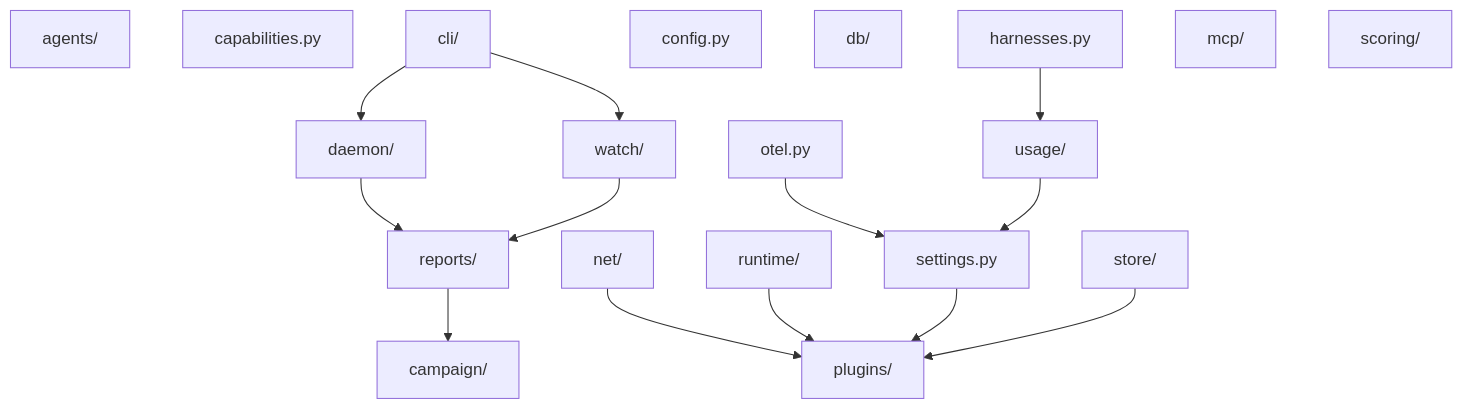
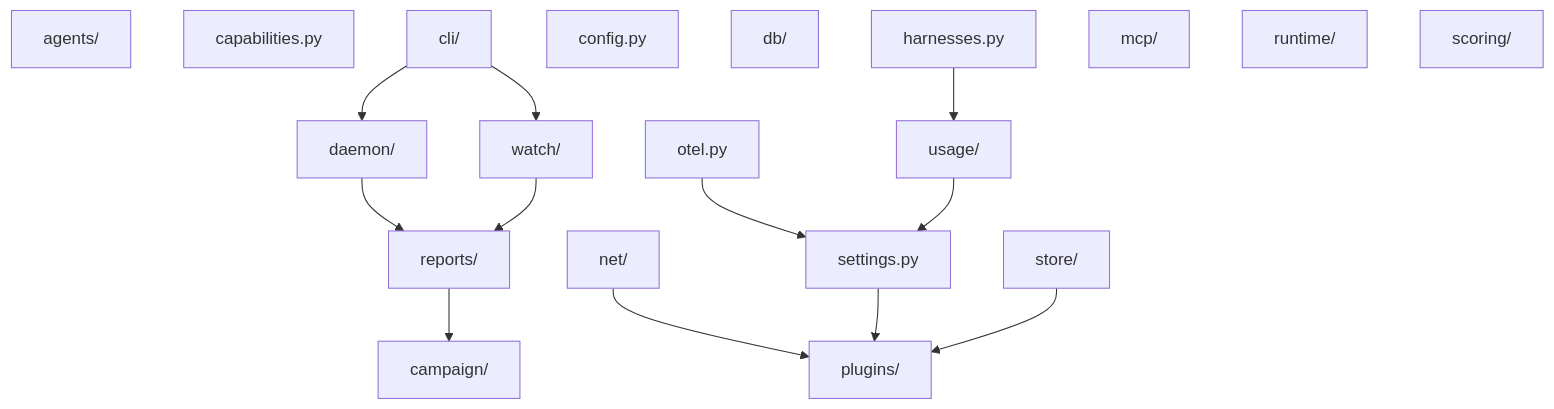
Before and after one commit to VatsaDev/piloop: the diagram in docs/snippets/generated/imports.mdx, drawn with Mermaid. The commit also changed other lines of this file and 56 other files, not shown here.

````diff
--- a/docs/snippets/generated/imports.mdx
+++ b/docs/snippets/generated/imports.mdx
@@ -3,34 +3,33 @@
 ```mermaid
 flowchart TB
     agents["agents/"]
     campaign["campaign/"]
     capabilities["capabilities.py"]
     cli["cli/"]
     config["config.py"]
     daemon["daemon/"]
     db["db/"]
     harnesses["harnesses.py"]
     mcp["mcp/"]
     net["net/"]
     otel["otel.py"]
     plugins["plugins/"]
     reports["reports/"]
     runtime["runtime/"]
     scoring["scoring/"]
     settings["settings.py"]
     store["store/"]
     usage["usage/"]
     watch["watch/"]
     cli --> daemon
     cli --> watch
     daemon --> reports
     harnesses --> usage
     net --> plugins
     otel --> settings
     reports --> campaign
-    runtime --> plugins
     settings --> plugins
     store --> plugins
     usage --> settings
     watch --> reports
 ```
````
